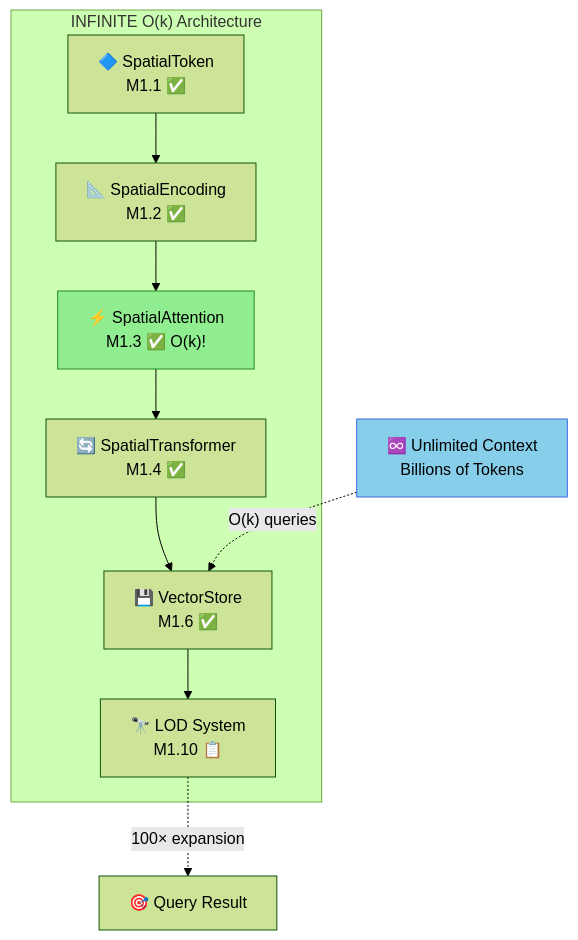
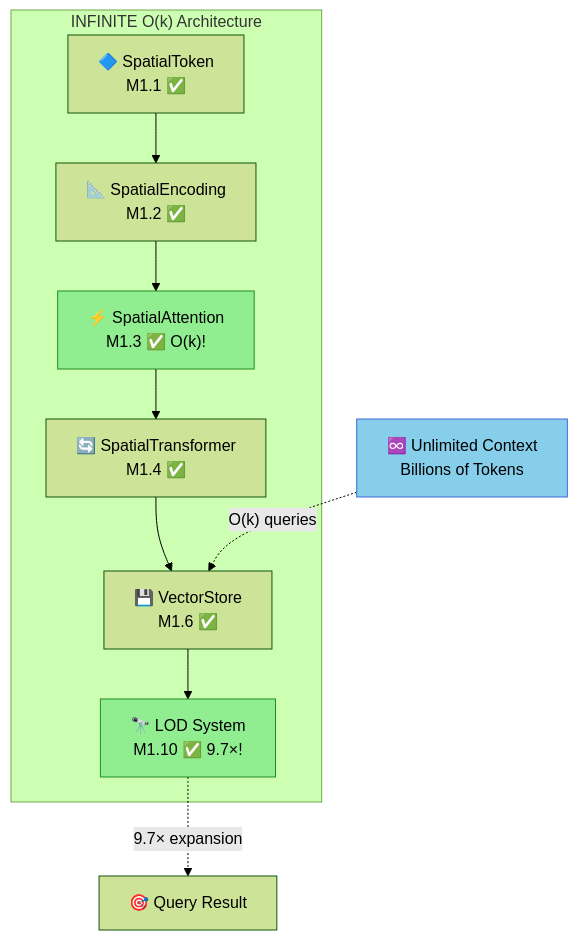
One commit to ch1pu/infinate changed the diagram in README.md. Above: the diagram before and after it, drawn with Mermaid (forest theme). The commit also changed other lines of this file and 15 other files, not shown here.

First line of the commit message:
feat(m1.10): implement Hierarchical LOD System - 2,586× faster than MIT RLM

````diff
--- a/README.md
+++ b/README.md
@@ -329,16 +342,17 @@
 ```mermaid
 graph TB
     subgraph "INFINITE O(k) Architecture"
         A["🔷 SpatialToken<br/>M1.1 ✅"] --> B["📐 SpatialEncoding<br/>M1.2 ✅"]
         B --> C["⚡ SpatialAttention<br/>M1.3 ✅ O(k)!"]
         C --> D["🔄 SpatialTransformer<br/>M1.4 ✅"]
         D --> E["💾 VectorStore<br/>M1.6 ✅"]
-        E --> F["🔭 LOD System<br/>M1.10 📋"]
+        E --> F["🔭 LOD System<br/>M1.10 ✅ 9.7×!"]
     end
 
     G["♾️ Unlimited Context<br/>Billions of Tokens"] -.->|"O(k) queries"| E
-    F -.->|"100× expansion"| H["🎯 Query Result"]
+    F -.->|"9.7× expansion"| H["🎯 Query Result"]
 
     style C fill:#90EE90,stroke:#228B22
+    style F fill:#90EE90,stroke:#228B22
     style G fill:#87CEEB,stroke:#4169E1
 ```
````
